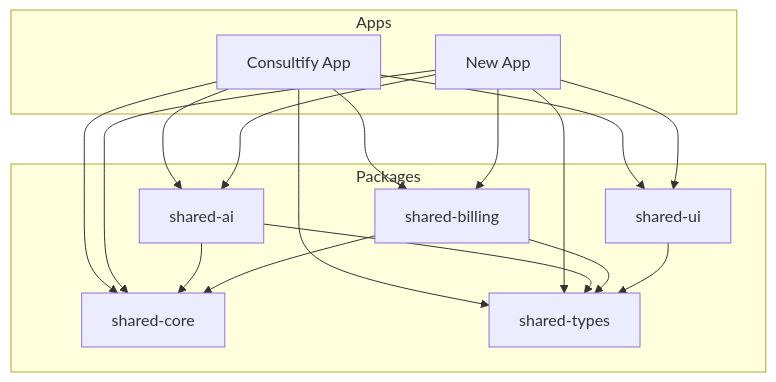
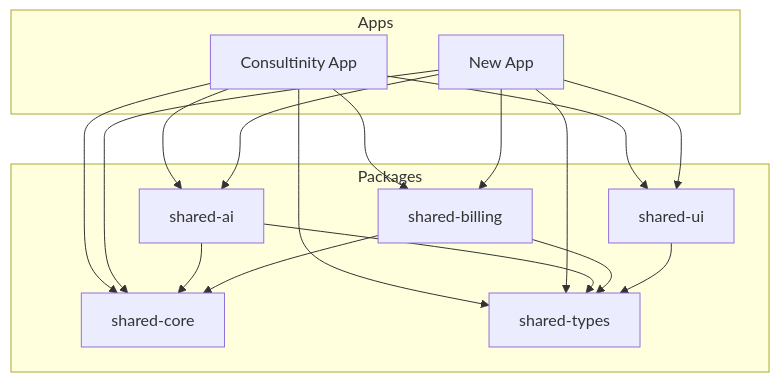
Before and after one commit to PiotrWisniewskiDBR77/consultify: the diagram in docs/FORK_INVENTORY.md, drawn with Mermaid. The commit also changed other lines of this file and 1266 other files, not shown here.

````diff
--- a/docs/FORK_INVENTORY.md
+++ b/docs/FORK_INVENTORY.md
@@ -626,33 +626,33 @@
 ```mermaid
 graph TB
     subgraph Apps
-        Consultify[Consultify App]
+        Consultinity[Consultinity App]
         NewApp[New App]
     end
 
     subgraph Packages
         Core[shared-core]
         AI[shared-ai]
         Billing[shared-billing]
         Types[shared-types]
         UI[shared-ui]
     end
 
-    Consultify --> Core
-    Consultify --> AI
-    Consultify --> Billing
-    Consultify --> Types
-    Consultify --> UI
+    Consultinity --> Core
+    Consultinity --> AI
+    Consultinity --> Billing
+    Consultinity --> Types
+    Consultinity --> UI
 
     NewApp --> Core
     NewApp --> AI
     NewApp --> Billing
     NewApp --> Types
     NewApp --> UI
 
     AI --> Core
     AI --> Types
     Billing --> Core
     Billing --> Types
     UI --> Types
 ```
````
